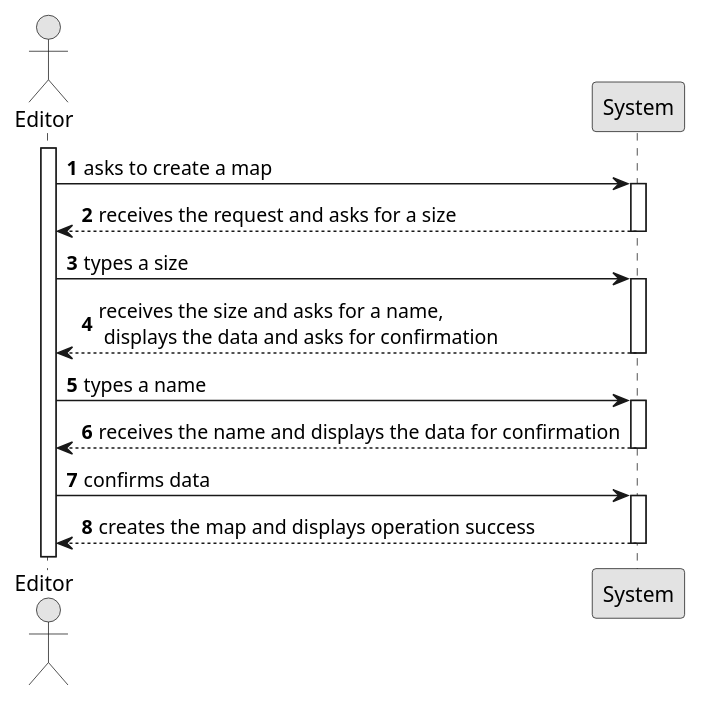
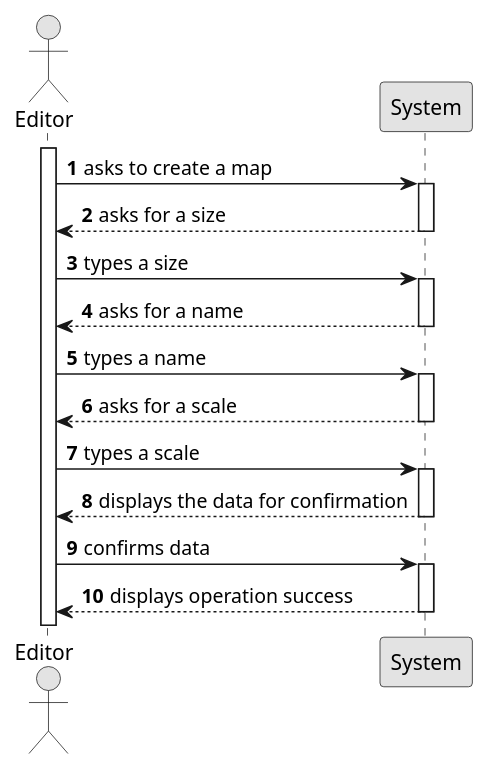
Before and after one commit to 1240935/pi2-railway-simulator: the diagram in docsFinais/US001/01.requirements-engineering/puml/US001-SSD.puml, drawn with PlantUML. The commit also changed 106 other files, not shown here.

```diff
--- a/docsFinais/US001/01.requirements-engineering/puml/US001-SSD.puml
+++ b/docsFinais/US001/01.requirements-engineering/puml/US001-SSD.puml
@@ -1,39 +1,45 @@
 @startuml
 skinparam monochrome true
 skinparam packageStyle rectangle
 skinparam shadowing false
 
 autonumber
 
 actor "Editor" as Editor
 participant "System" as System
 
 activate Editor
 
     Editor -> System : asks to create a map
     activate System
 
-        System --> Editor : receives the request and asks for a size
+        System --> Editor : asks for a size
     deactivate System
 
     Editor -> System : types a size
     activate System
 
-        System --> Editor : receives the size and asks for a name, \n displays the data and asks for confirmation
+        System --> Editor : asks for a name
     deactivate System
 
     Editor -> System : types a name
     activate System
 
-    System --> Editor : receives the name and displays the data for confirmation
+    System --> Editor : asks for a scale
             deactivate System
+
+    Editor -> System : types a scale
+             activate System
+
+    System --> Editor : displays the data for confirmation
+             deactivate System
 
     Editor -> System : confirms data
 
     activate System
 
-        System --> Editor : creates the map and displays operation success
+        System --> Editor : displays operation success
     deactivate System
 
 
 @enduml
```
